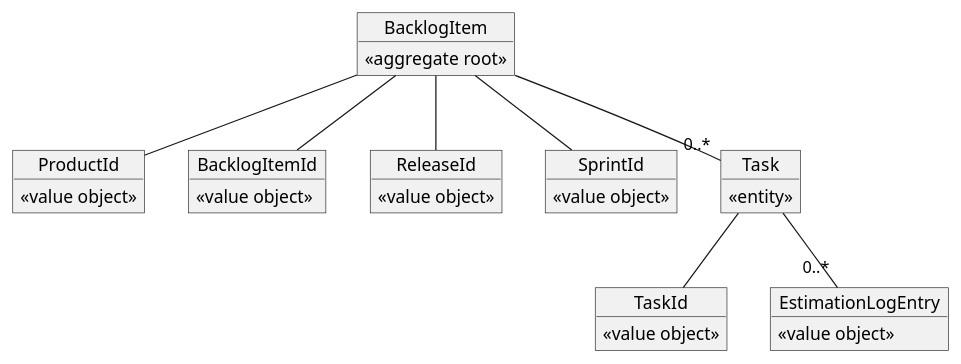
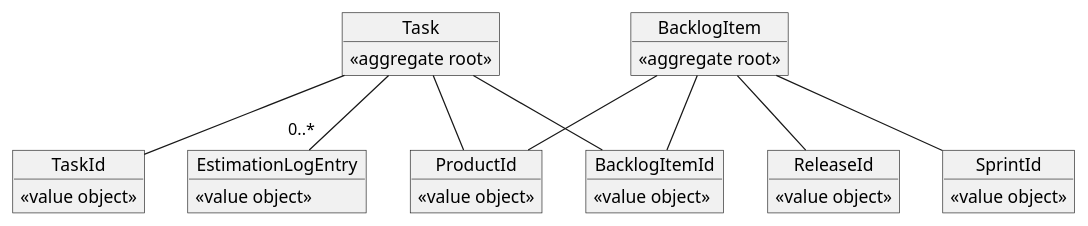
One commit to abekoh/commit-plantuml-action changed the diagram in sample/backlog-item.puml. Above: the diagram before and after it, drawn with PlantUML.

Commit message:
update backlog-item domain

```diff
--- a/sample/backlog-item.puml
+++ b/sample/backlog-item.puml
@@ -1,36 +1,37 @@
 @startuml
 object BacklogItem {
   <<aggregate root>>
 }
 object ProductId {
   <<value object>>
 }
 object BacklogItemId {
   <<value object>>
 }
 object ReleaseId {
   <<value object>>
 }
 object SprintId {
   <<value object>>
 }
 
 object Task {
-  <<entity>>
+  <<aggregate root>>
 }
 object TaskId {
   <<value object>>
 }
 object EstimationLogEntry {
   <<value object>>
 }
 
 BacklogItem -- BacklogItemId
 BacklogItem -- ProductId
 BacklogItem -- ReleaseId
 BacklogItem -- SprintId
-BacklogItem -- "0..*" Task
 
 Task -- TaskId
+Task -- ProductId
+Task -- BacklogItemId
 Task -- "0..*" EstimationLogEntry
 @enduml
```
